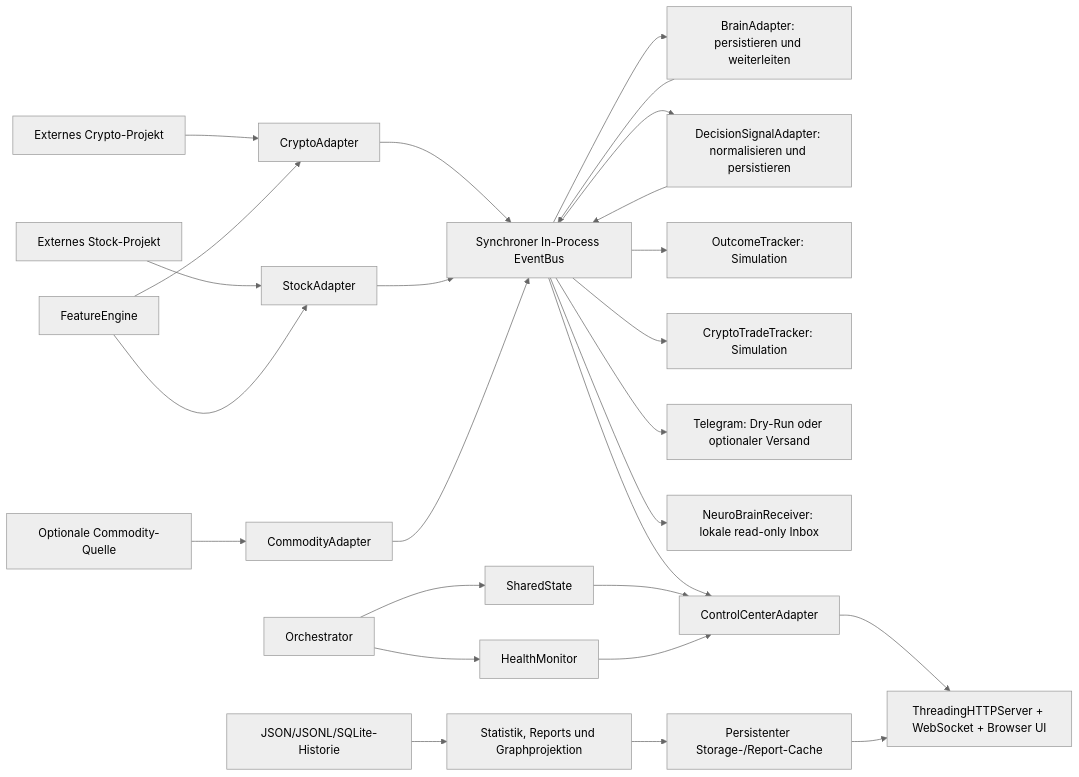
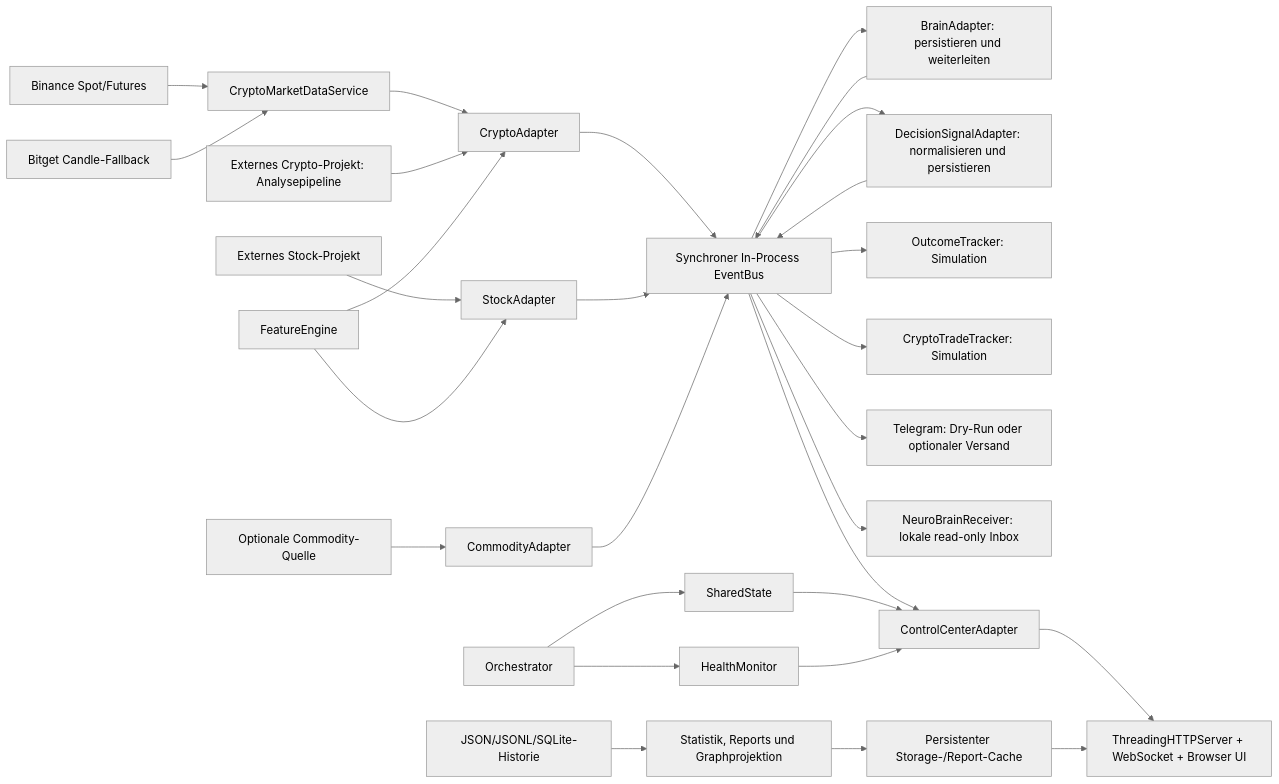
The first of 5 diagrams in docs/ARCHITECTURE.md (cRioshy/Pando), drawn with Mermaid (neutral theme) before and after one commit. The commit also changed other lines of this file and 16 other files, not shown here.

Commit message:
Restore resilient crypto market data

````diff
--- a/docs/ARCHITECTURE.md
+++ b/docs/ARCHITECTURE.md
@@ -9,28 +9,31 @@
 ```mermaid
 flowchart LR
-    CE["Externes Crypto-Projekt"] --> CA["CryptoAdapter"]
+    BN["Binance Spot/Futures"] --> CM["CryptoMarketDataService"]
+    BG["Bitget Candle-Fallback"] --> CM
+    CM --> CA["CryptoAdapter"]
+    CE["Externes Crypto-Projekt: Analysepipeline"] --> CA
     SE["Externes Stock-Projekt"] --> SA["StockAdapter"]
     CP["Optionale Commodity-Quelle"] --> CO["CommodityAdapter"]
     FE["FeatureEngine"] --> CA
     FE --> SA
     CA --> EB["Synchroner In-Process EventBus"]
     SA --> EB
     CO --> EB
     EB --> BA["BrainAdapter: persistieren und weiterleiten"]
     BA --> EB
     EB --> DC["DecisionSignalAdapter: normalisieren und persistieren"]
     DC --> EB
     EB --> OT["OutcomeTracker: Simulation"]
     EB --> CT["CryptoTradeTracker: Simulation"]
     EB --> TG["Telegram: Dry-Run oder optionaler Versand"]
     EB --> NB["NeuroBrainReceiver: lokale read-only Inbox"]
     EB --> CC["ControlCenterAdapter"]
     OR["Orchestrator"] --> SS["SharedState"]
     OR --> HM["HealthMonitor"]
     SS --> CC
     HM --> CC
     CC --> WEB["ThreadingHTTPServer + WebSocket + Browser UI"]
     LEDGER["JSON/JSONL/SQLite-Historie"] --> ST["Statistik, Reports und Graphprojektion"]
     ST --> CACHE["Persistenter Storage-/Report-Cache"]
     CACHE --> WEB
 ```
````
